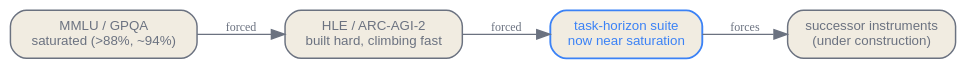
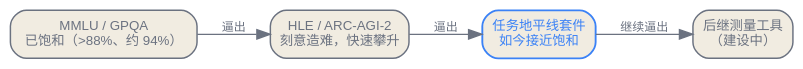
The second of 2 diagrams in zh/infrastructure/08-the-capability-horizon.qmd (latere-ai/ai-as-an-infrastructure), drawn with Graphviz before and after one commit. The commit also changed other lines of this file and 273 other files, not shown here.

Commit message:
docs: localize Chinese diagrams

````diff
--- a/zh/infrastructure/08-the-capability-horizon.qmd
+++ b/zh/infrastructure/08-the-capability-horizon.qmd
@@ -50,19 +50,19 @@
 ```{dot}
 //| label: fig-horizon-saturation
 //| fig-cap: "仪器饱和得比能造出来还快。每一代基准都为抵抗饱和而生，在模型把它榨干时陡峭攀升，又逼出下一把尺子。那套为了比分数活得更久而造的地平线测试组，如今自己也逼近饱和。"
 digraph saturation {
   rankdir=LR;
   bgcolor="transparent";
   node [shape=box, style="rounded,filled", fontname="Helvetica", fontsize=10, color="#6b7280", fontcolor="#6b7280", fillcolor="#f1ece1", penwidth=1.1];
   edge [color="#6b7280", fontcolor="#6b7280", fontsize=9];
 
-  mmlu [label="MMLU / GPQA\nsaturated (>88%, ~94%)"];
-  hard [label="HLE / ARC-AGI-2\nbuilt hard, climbing fast"];
-  horizon [label="task-horizon suite\nnow near saturation", color="#3b82f6", fontcolor="#3b82f6", penwidth=1.4];
-  next [label="successor instruments\n(under construction)"];
+  mmlu [label="MMLU / GPQA\n已饱和（>88%、约 94%）"];
+  hard [label="HLE / ARC-AGI-2\n刻意造难，快速攀升"];
+  horizon [label="任务地平线套件\n如今接近饱和", color="#3b82f6", fontcolor="#3b82f6", penwidth=1.4];
+  next [label="后继测量工具\n（建设中）"];
 
-  mmlu -> hard [label="forced"];
-  hard -> horizon [label="forced"];
-  horizon -> next [label="forces"];
+  mmlu -> hard [label="逼出"];
+  hard -> horizon [label="逼出"];
+  horizon -> next [label="继续逼出"];
 }
 ```
````
